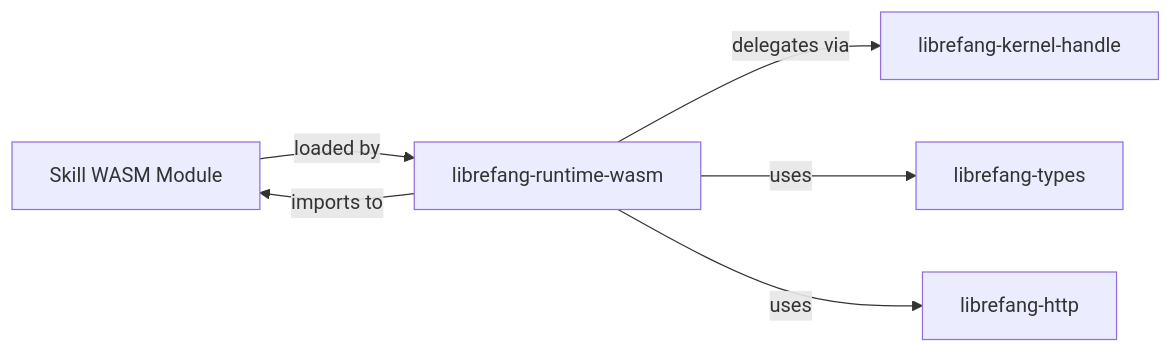
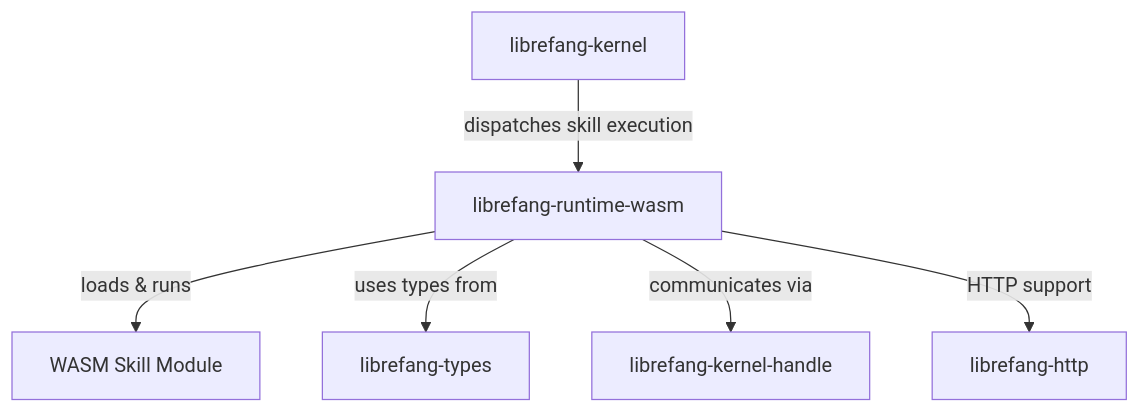
The diagram in other-librefang-runtime-wasm.md (leszek3737/librefang-WIki), drawn with Mermaid before and after one commit. The commit also changed other lines of this file and 110 other files, not shown here.

````diff
--- a/other-librefang-runtime-wasm.md
+++ b/other-librefang-runtime-wasm.md
@@ -21,8 +13,8 @@
 ```mermaid
-graph LR
-    A[Skill WASM Module] -->|loaded by| B[librefang-runtime-wasm]
-    B -->|imports to| A
-    B -->|delegates via| C[librefang-kernel-handle]
-    B -->|uses| D[librefang-types]
-    B -->|uses| E[librefang-http]
+graph TD
+    A[librefang-kernel] -->|dispatches skill execution| B[librefang-runtime-wasm]
+    B -->|loads & runs| C[WASM Skill Module]
+    B -->|uses types from| D[librefang-types]
+    B -->|communicates via| E[librefang-kernel-handle]
+    B -->|HTTP support| F[librefang-http]
 ```
````
